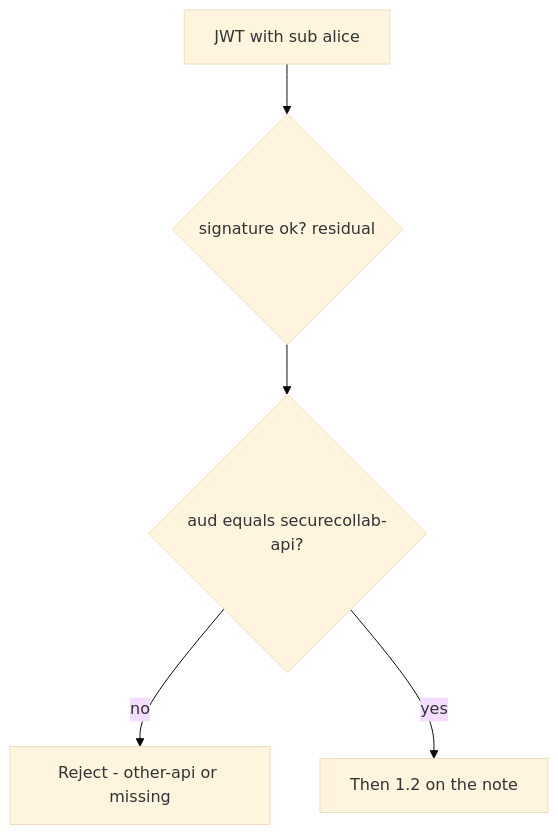
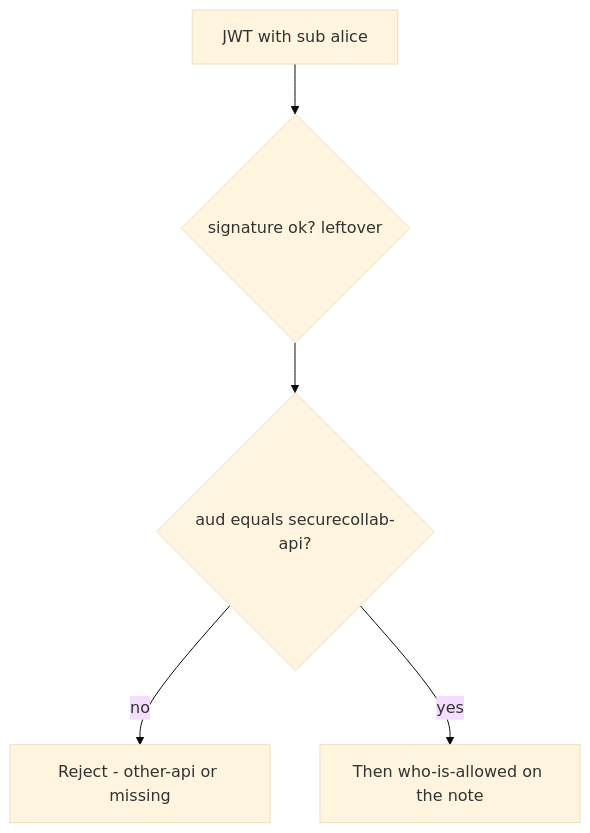
The first of 2 diagrams in content/modules/4/4.5/lessons/01-property.md (ishitvagoel/LearnSecurity), drawn with Mermaid (base theme) before and after one commit. The commit also changed other lines of this file and 39 other files, not shown here.

````diff
--- a/content/modules/4/4.5/lessons/01-property.md
+++ b/content/modules/4/4.5/lessons/01-property.md
@@ -19,7 +18,7 @@
 ```mermaid
 flowchart TD
-  Token["JWT with sub alice"] --> Sig{"signature ok? residual"}
+  Token["JWT with sub alice"] --> Sig{"signature ok? leftover"}
   Sig --> Aud{"aud equals securecollab-api?"}
   Aud -->|no| Deny["Reject - other-api or missing"]
-  Aud -->|yes| Authz["Then 1.2 on the note"]
+  Aud -->|yes| Authz["Then who-is-allowed on the note"]
 ```
````
